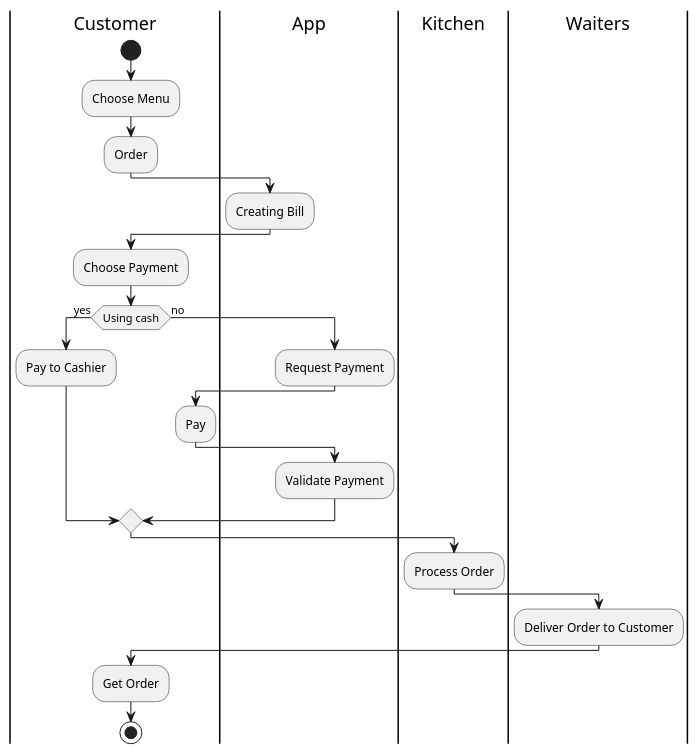
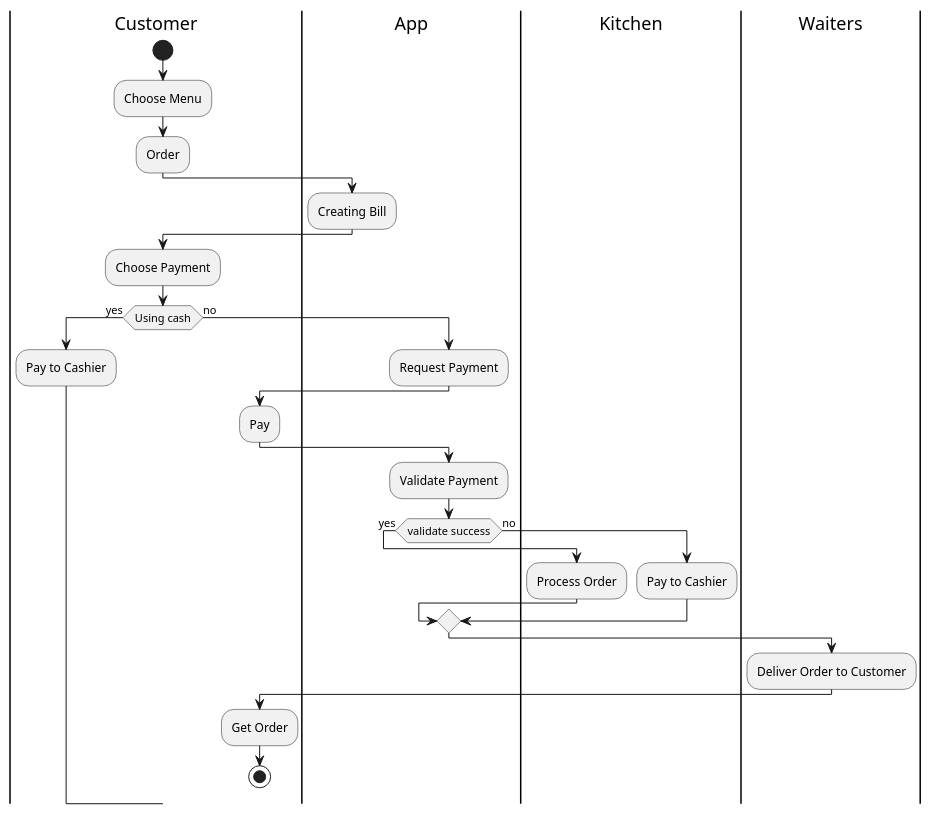
The first of 2 diagrams in Activity Diagram.puml (maulidinar/plantuml), drawn with PlantUML before and after one commit.

Commit message:
Update Activity Diagram.puml

```diff
--- a/Activity Diagram.puml
+++ b/Activity Diagram.puml
@@ -1,36 +1,39 @@
 @startuml CustomerActivityUml
 |Customer|
 start
 :Choose Menu;
 :Order;
 
 |App|
 :Creating Bill;
 
 |Customer|
 :Choose Payment;
 
 if(Using cash) then (yes)
     :Pay to Cashier;
 
 |App|
 else (no)
     :Request Payment;
 
 |Customer|
     :Pay;
 
 |App|
     :Validate Payment;
-endif
+        if(validate success) then (yes)
 
 |Kitchen|
-:Process Order;
+    :Process Order;
+else (no)
+    :Pay to Cashier;
+endif
 
 |Waiters|
 :Deliver Order to Customer;
 
 |Customer|
 :Get Order;
 stop
 @enduml
```
